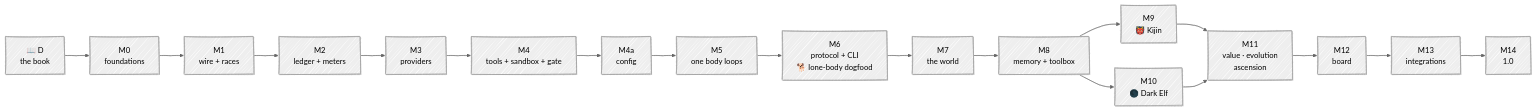
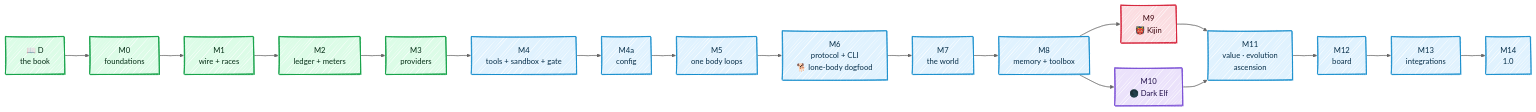
One commit to Kaginari/mnemorph changed the diagram in docs/roadmap.md. Above: the diagram before and after it, drawn with Mermaid. The commit also changed 9 other files, not shown here.

Commit message:
docs: colour in every diagram — one palette, a colour per race, phases in sequence diagrams, labels no longer clipped; the MCP page keeps its diagram only

````diff
--- a/docs/roadmap.md
+++ b/docs/roadmap.md
@@ -5,25 +5,35 @@
 ```mermaid
 ---
 config:
   look: handDrawn
   theme: neutral
+  flowchart:
+    wrappingWidth: 360
 ---
 flowchart LR
     D["📖 D<br/>the book"] --> M0["M0<br/>foundations"]
     M0 --> M1["M1<br/>wire + races"]
     M1 --> M2["M2<br/>ledger + meters"]
     M2 --> M3["M3<br/>providers"]
     M3 --> M4["M4<br/>tools + sandbox + gate"]
     M4 --> M4a["M4a<br/>config"]
     M4a --> M5["M5<br/>one body loops"]
     M5 --> M6["M6<br/>protocol + CLI<br/>🐕 lone-body dogfood"]
     M6 --> M7["M7<br/>the world"]
     M7 --> M8["M8<br/>memory + toolbox"]
     M8 --> M9["M9<br/>👹 Kijin"]
     M8 --> M10["M10<br/>🌑 Dark Elf"]
     M9 --> M11["M11<br/>value · evolution<br/>ascension"]
     M10 --> M11
     M11 --> M12["M12<br/>board"]
     M12 --> M13["M13<br/>integrations"]
     M13 --> M14["M14<br/>1.0"]
+    classDef good fill:#dcfce7,stroke:#16a34a,stroke-width:2px,color:#052e16
+    class D,M0,M1,M2,M3 good
+    classDef step fill:#e0f2fe,stroke:#0284c7,stroke-width:1.5px,color:#082f49
+    class M4,M4a,M5,M6,M7,M8,M11,M12,M13,M14 step
+    classDef kijin fill:#fbdde1,stroke:#D7263D,stroke-width:2px,color:#3d0710
+    class M9 kijin
+    classDef dark fill:#ebe2fb,stroke:#7B4FD6,stroke-width:2px,color:#22114a
+    class M10 dark
 ```
````
